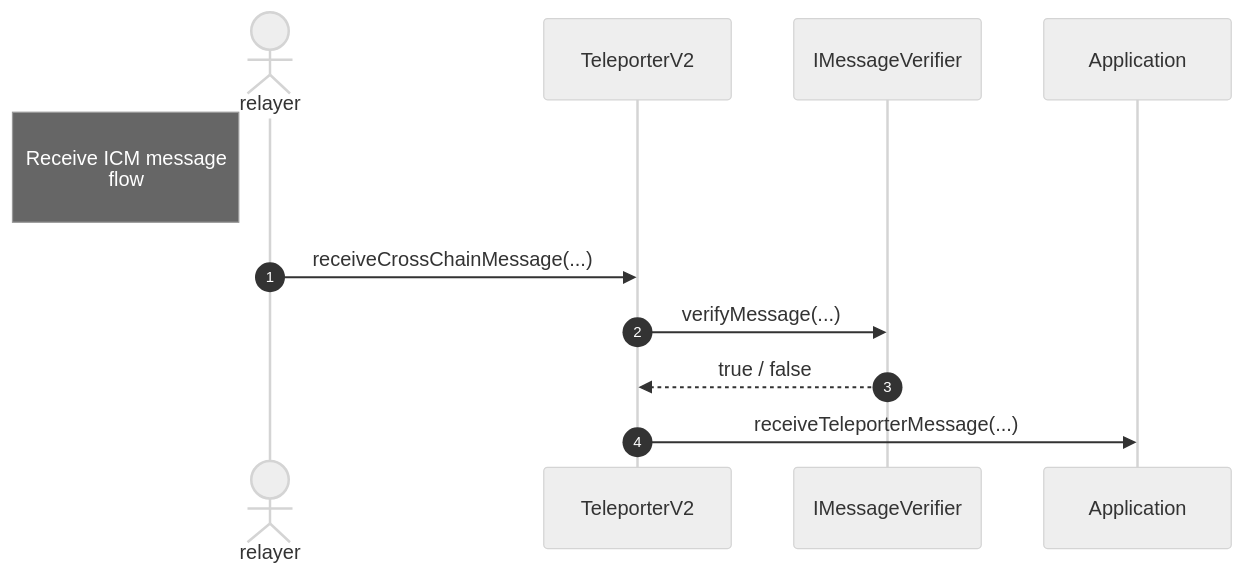
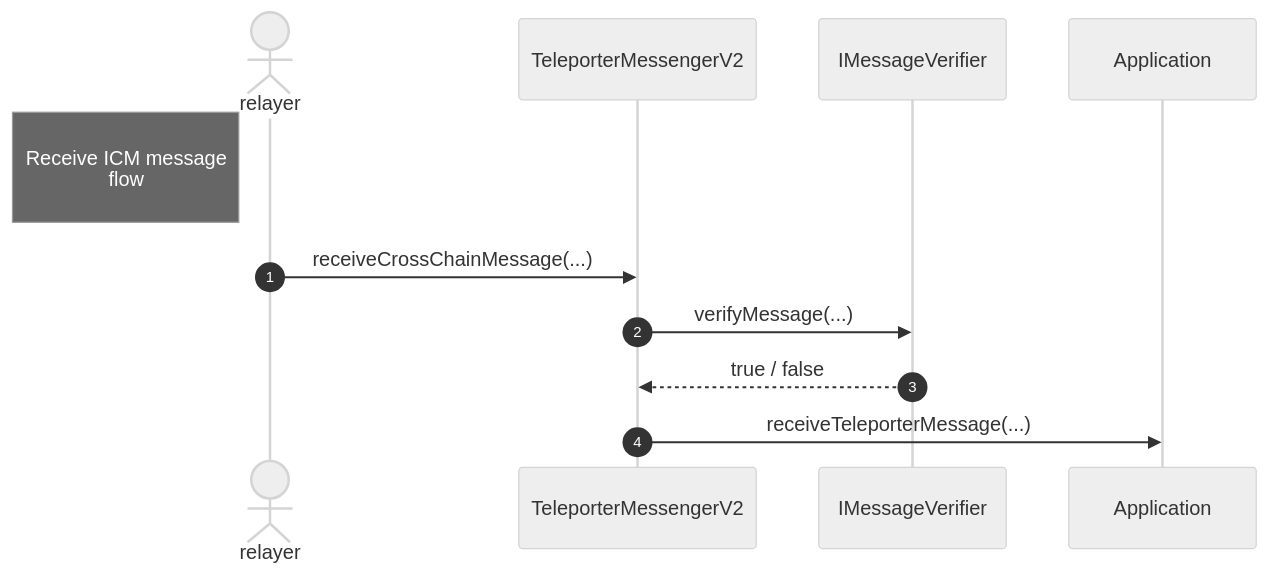
One commit to ava-labs/icm-services changed the second of 3 diagrams in docs/external-interop/teleporter_contracts.md. Above: the diagram before and after it, drawn with Mermaid (neutral theme). The commit also changed other lines of this file and 2 other files, not shown here.

````diff
--- a/docs/external-interop/teleporter_contracts.md
+++ b/docs/external-interop/teleporter_contracts.md
@@ -101,10 +81,10 @@
 ```mermaid
 sequenceDiagram
 autonumber
 actor relayer
 note left of relayer:<br> Receive ICM message <br>flow<br>
-relayer->>TeleporterV2: receiveCrossChainMessage(...)
-TeleporterV2->>IMessageVerifier: verifyMessage(...)
-IMessageVerifier-->>TeleporterV2: true / false
-TeleporterV2->>Application: receiveTeleporterMessage(...)
+relayer->>TeleporterMessengerV2: receiveCrossChainMessage(...)
+TeleporterMessengerV2->>IMessageVerifier: verifyMessage(...)
+IMessageVerifier-->>TeleporterMessengerV2: true / false
+TeleporterMessengerV2->>Application: receiveTeleporterMessage(...)
 ```
````
